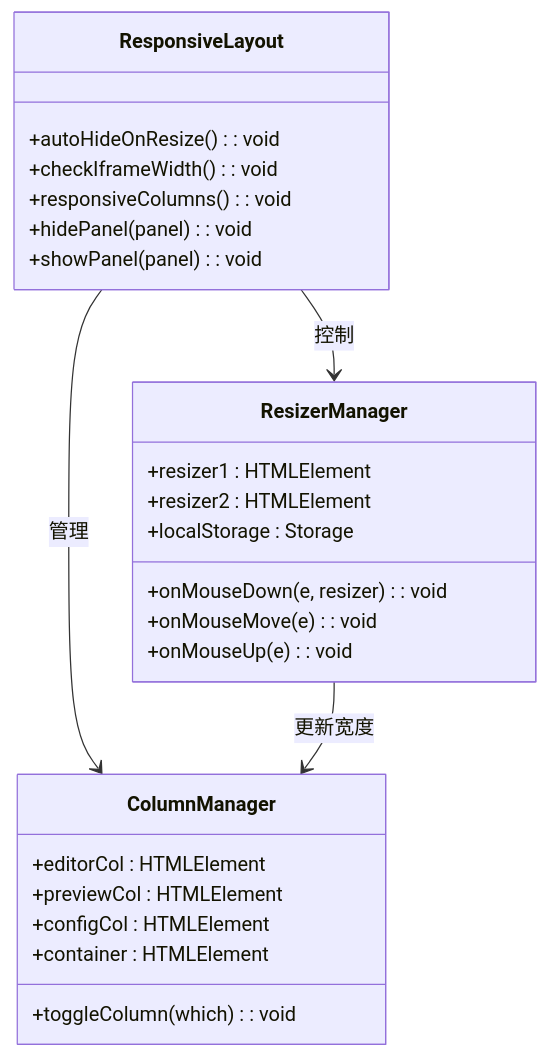
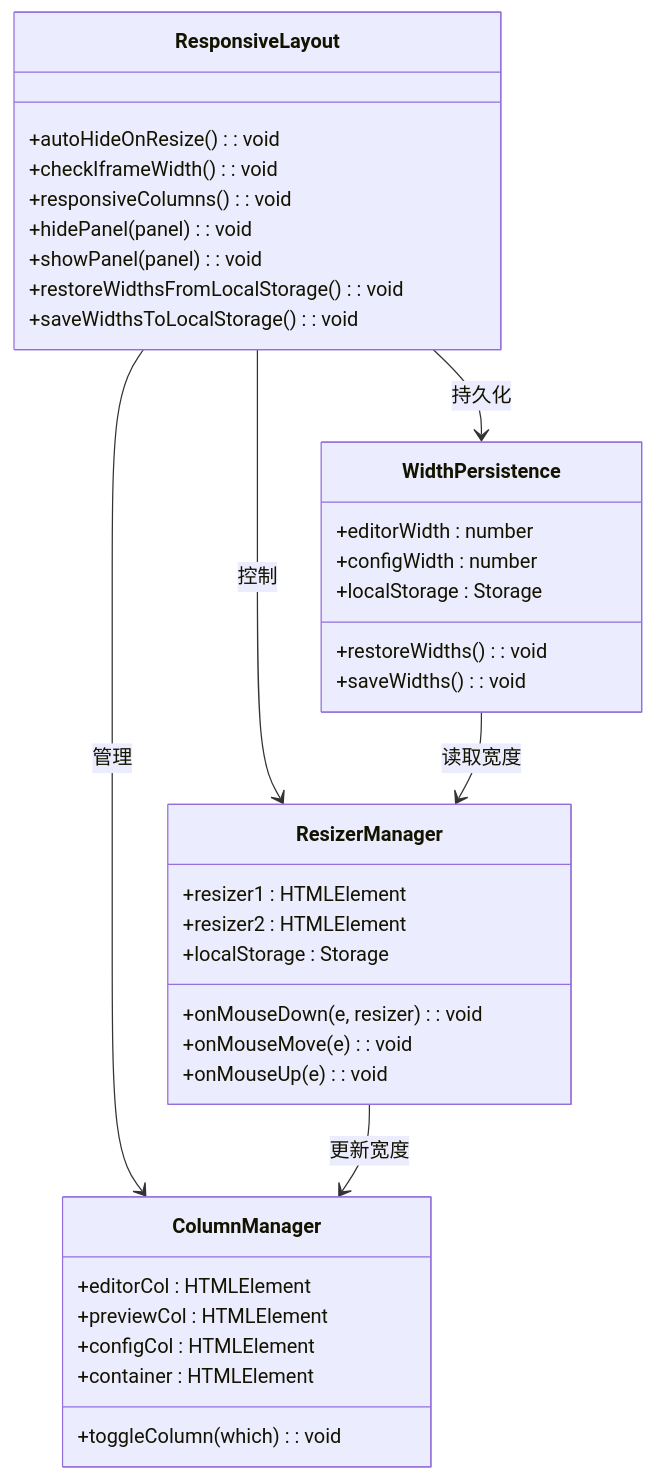
Diagram 12 of 14 in .lingma/repowiki/zh/content/用户指南/前端界面现代化.md (wanwushelie/markdown-to-word-studio), drawn with Mermaid before and after one commit. The commit also changed other lines of this file and 48 other files, not shown here.

````diff
--- a/.lingma/repowiki/zh/content/用户指南/前端界面现代化.md
+++ b/.lingma/repowiki/zh/content/用户指南/前端界面现代化.md
@@ -663,28 +749,39 @@
 ```mermaid
 classDiagram
 class ResponsiveLayout {
 +autoHideOnResize() : void
 +checkIframeWidth() : void
 +responsiveColumns() : void
 +hidePanel(panel) : void
 +showPanel(panel) : void
++restoreWidthsFromLocalStorage() : void
++saveWidthsToLocalStorage() : void
 }
 class ColumnManager {
 +editorCol : HTMLElement
 +previewCol : HTMLElement
 +configCol : HTMLElement
 +container : HTMLElement
 +toggleColumn(which) : void
 }
 class ResizerManager {
 +resizer1 : HTMLElement
 +resizer2 : HTMLElement
 +localStorage : Storage
 +onMouseDown(e, resizer) : void
 +onMouseMove(e) : void
 +onMouseUp(e) : void
 }
+class WidthPersistence {
++editorWidth : number
++configWidth : number
++localStorage : Storage
++restoreWidths() : void
++saveWidths() : void
+}
 ResponsiveLayout --> ColumnManager : 管理
 ResponsiveLayout --> ResizerManager : 控制
+ResponsiveLayout --> WidthPersistence : 持久化
 ResizerManager --> ColumnManager : 更新宽度
+WidthPersistence --> ResizerManager : 读取宽度
 ```
````
